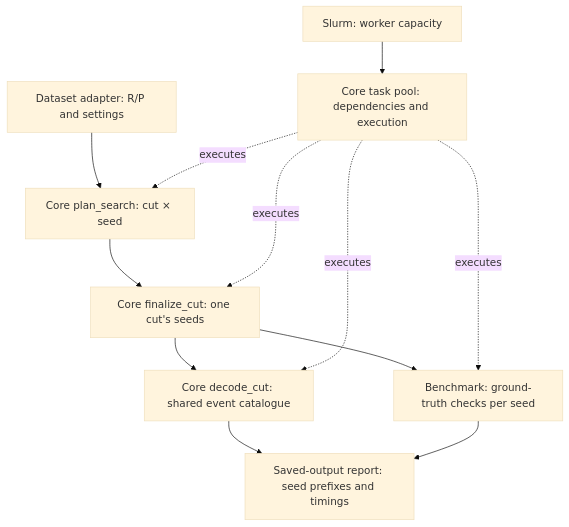
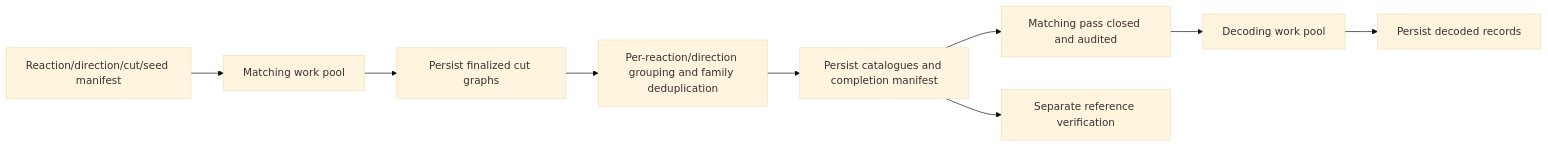
One commit to yunhzou/MAPPA-AAM changed the third of 3 diagrams in design.md. Above: the diagram before and after it, drawn with Mermaid (base theme). The commit also changed other lines of this file, not shown here.

First line of the commit message:
docs: define matching reduction and local event decoding stages

````diff
--- a/design.md
+++ b/design.md
@@ -626,14 +201,11 @@
 ```mermaid
-flowchart TD
-    Inputs[Dataset adapter: R/P and settings] --> Search[Core plan_search: cut × seed]
-    Search --> Final[Core finalize_cut: one cut's seeds]
-    Final --> Decode[Core decode_cut: shared event catalogue]
-    Final --> Reference[Benchmark: ground-truth checks per seed]
-    Decode --> Report[Saved-output report: seed prefixes and timings]
-    Reference --> Report
-    Slurm[Slurm: worker capacity] --> Pool[Core task pool: dependencies and execution]
-    Pool -. executes .-> Search
-    Pool -. executes .-> Final
-    Pool -. executes .-> Decode
-    Pool -. executes .-> Reference
+flowchart LR
+    Plan[Reaction/direction/cut/seed manifest] --> Pool[Matching work pool]
+    Pool --> Graphs[Persist finalized cut graphs]
+    Graphs --> Reduce[Per-reaction/direction grouping and family deduplication]
+    Reduce --> Catalogues[Persist catalogues and completion manifest]
+    Catalogues --> Barrier[Matching pass closed and audited]
+    Barrier --> Decoders[Decoding work pool]
+    Decoders --> Records[Persist decoded records]
+    Catalogues --> Verification[Separate reference verification]
 ```
````
